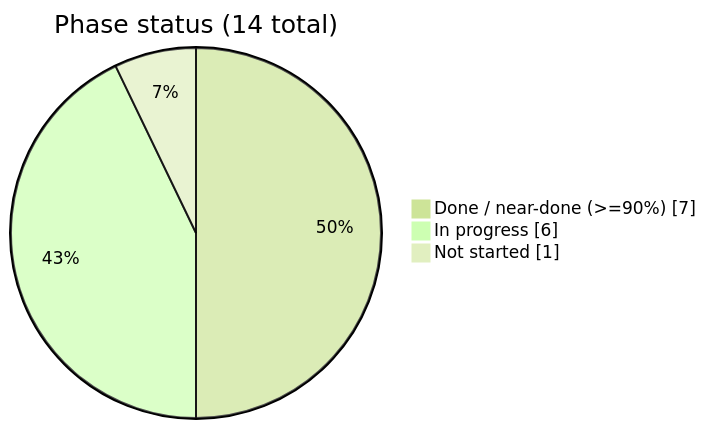
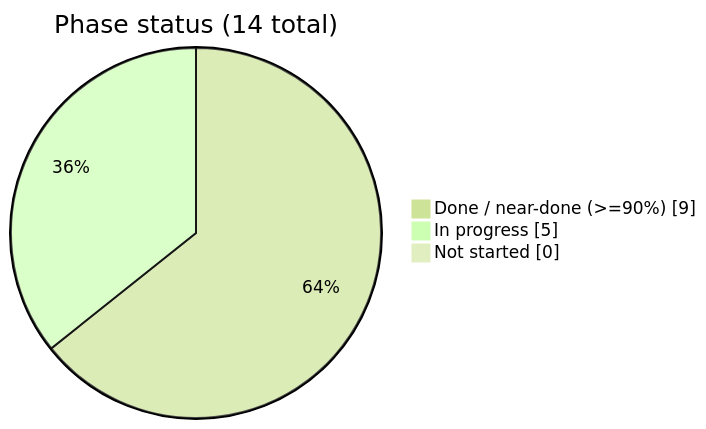
One commit to yashika641/postgreSQL_query-ai changed the fourth of 4 diagrams in docs/DASHBOARD.md. Above: the diagram before and after it, drawn with Mermaid (forest theme). The commit also changed other lines of this file and 11 other files, not shown here.

````diff
--- a/docs/DASHBOARD.md
+++ b/docs/DASHBOARD.md
@@ -293,7 +334,7 @@
 ```mermaid
 pie showData
     title Phase status (14 total)
-    "Done / near-done (>=90%)" : 7
-    "In progress" : 6
-    "Not started" : 1
+    "Done / near-done (>=90%)" : 9
+    "In progress" : 5
+    "Not started" : 0
 ```
````
